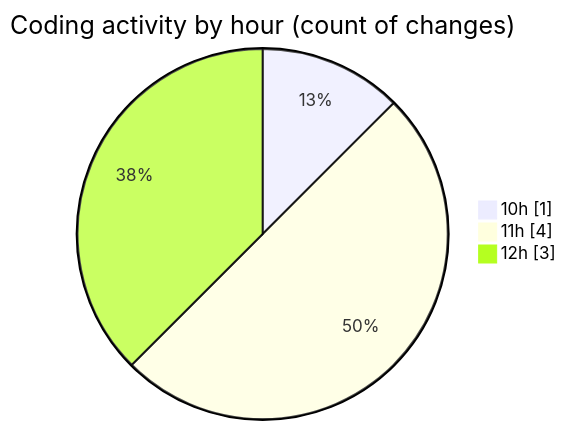
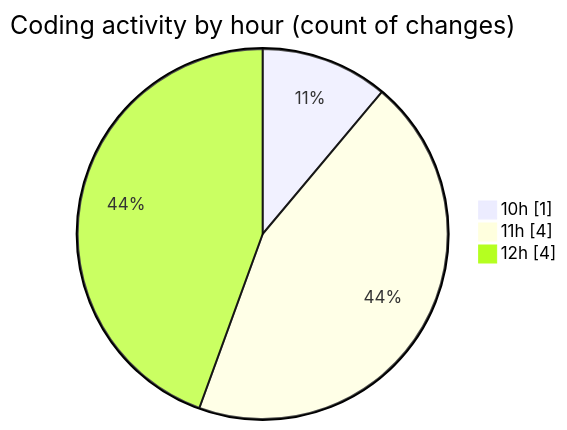
One commit to debugP/code-tracking changed the second of 2 diagrams in 2025-10-08/untitled__workspace_/README.md. Above: the diagram before and after it, drawn with Mermaid. The commit also changed other lines of this file and 1 other file, not shown here.

````diff
--- a/2025-10-08/untitled__workspace_/README.md
+++ b/2025-10-08/untitled__workspace_/README.md
@@ -29,7 +29,7 @@
 ```mermaid
 pie showData
 title Coding activity by hour (count of changes)
 "10h" : 1
 "11h" : 4
-"12h" : 3
+"12h" : 4
 ```
````
